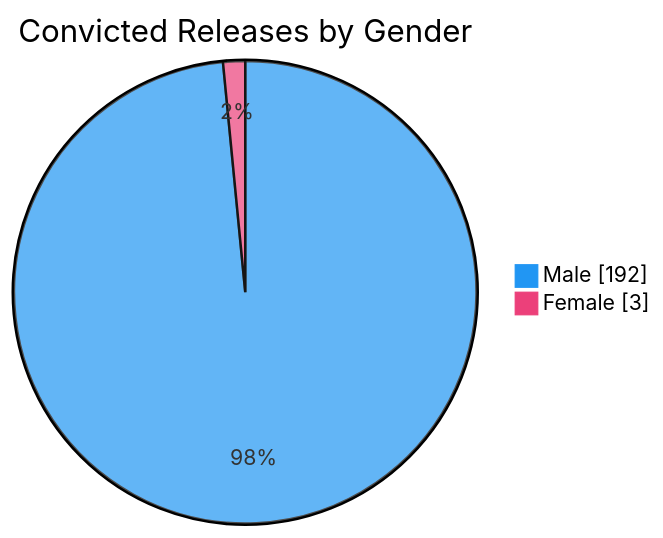
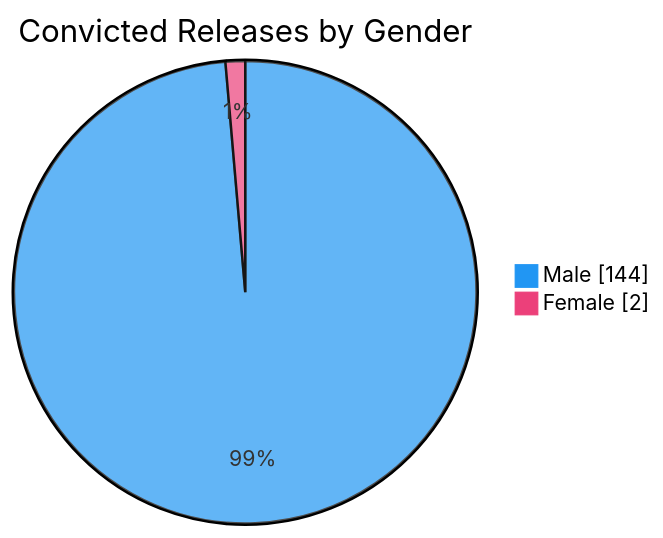
Before and after one commit to nuuuwan/lk_prisons: the sixth of 7 diagrams in README.md, drawn with Mermaid. The commit also changed other lines of this file and 1 other file, not shown here.

````diff
--- a/README.md
+++ b/README.md
@@ -98,6 +98,6 @@
 ```mermaid
 %%{init: {'themeVariables': {'pie1': '#2196F3', 'pie2': '#EC407A'}}}%%
 pie showData title Convicted Releases by Gender
-    "Male" : 192
-    "Female" : 3
+    "Male" : 144
+    "Female" : 2
 ```
````
